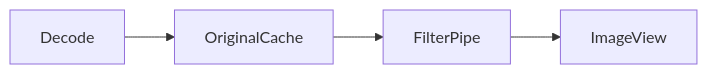
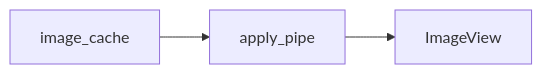
One commit to reki/EzCO changed the fifth of 5 diagrams in docs/IMAGE_LOADING.md. Above: the diagram before and after it, drawn with Mermaid. The commit also changed other lines of this file, not shown here.

````diff
--- a/docs/IMAGE_LOADING.md
+++ b/docs/IMAGE_LOADING.md
@@ -68,8 +145,7 @@
 ```mermaid
 flowchart LR
-  decode[Decode]
-  orig[OriginalCache]
-  pipe[FilterPipe]
+  orig[image_cache]
+  pipe[apply_pipe]
   view[ImageView]
-  decode --> orig --> pipe --> view
+  orig --> pipe --> view
 ```
````
